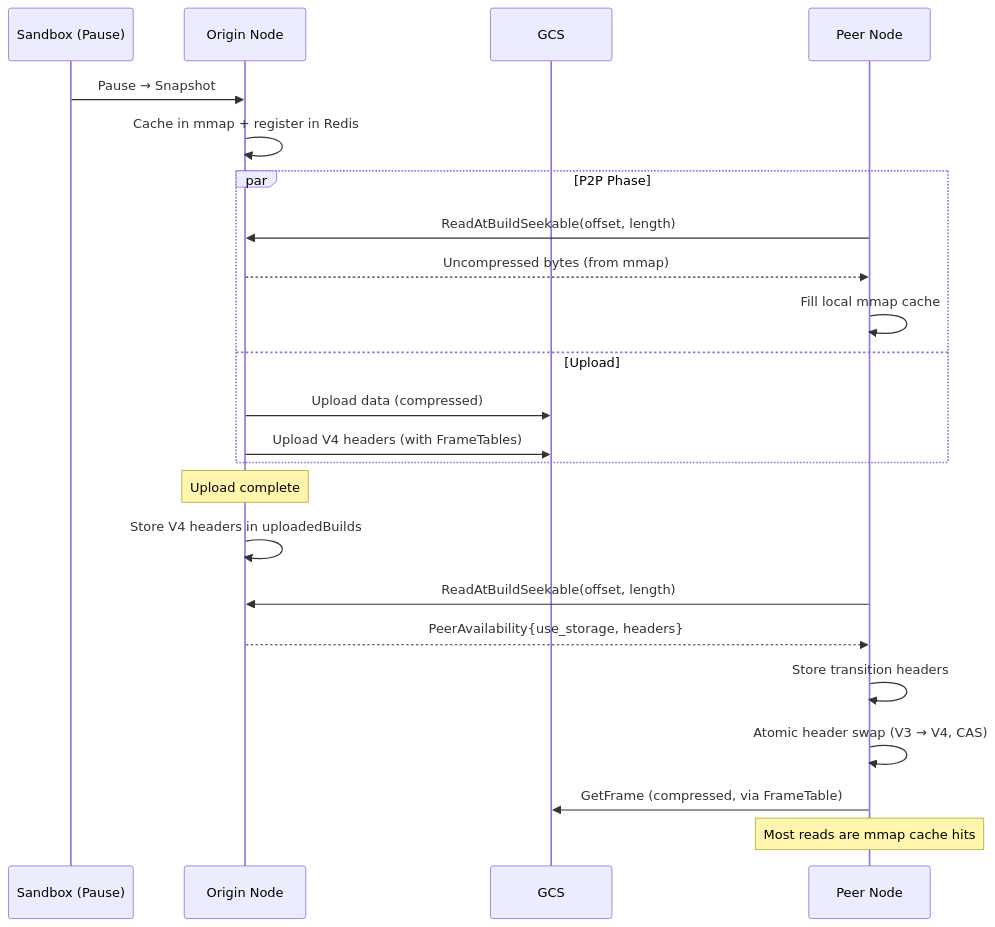
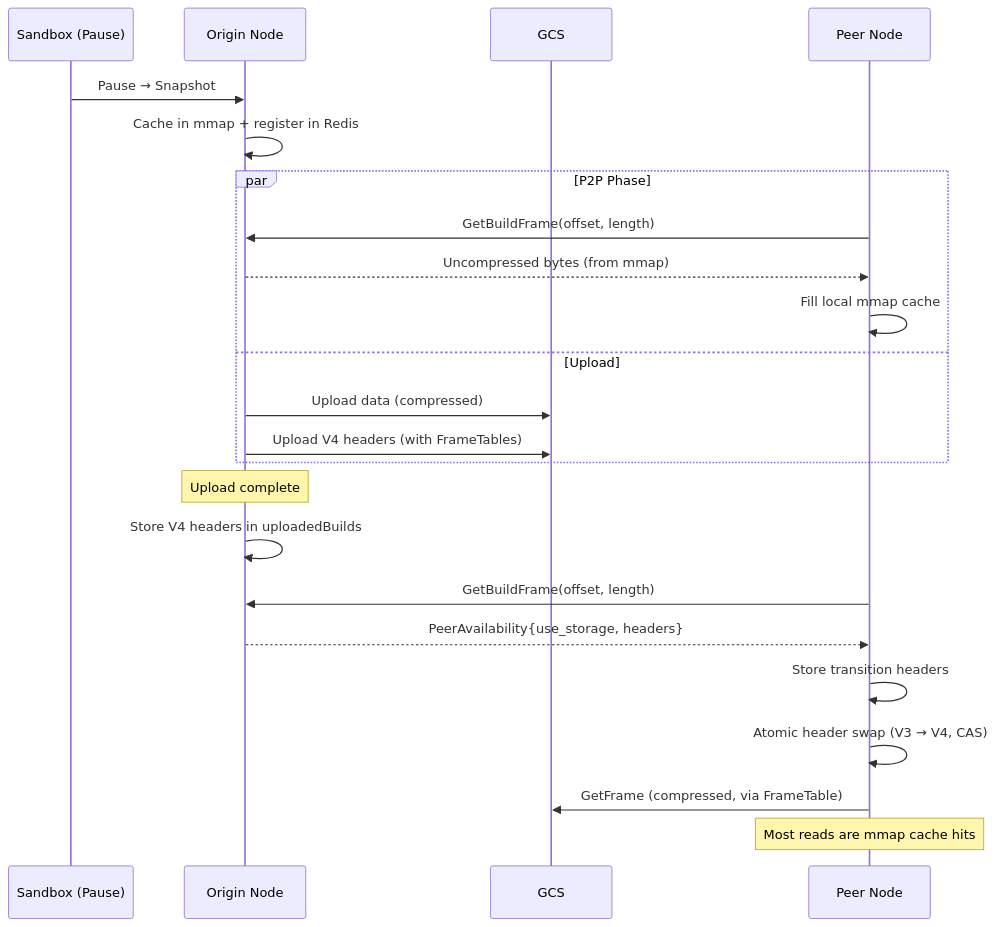
The second of 2 diagrams in docs/compression-architecture.md (e2b-dev/infra), drawn with Mermaid before and after one commit. The commit also changed other lines of this file and 15 other files, not shown here.

First line of the commit message:
Rename ReadAtBuildSeekable → GetBuildFrame, reduce diff vs main

````diff
--- a/docs/compression-architecture.md
+++ b/docs/compression-architecture.md
@@ -193,30 +193,30 @@
 ```mermaid
 sequenceDiagram
     participant SBX as Sandbox (Pause)
     participant Origin as Origin Node
     participant GCS as GCS
     participant Peer as Peer Node
 
     SBX->>Origin: Pause → Snapshot
     Origin->>Origin: Cache in mmap + register in Redis
 
     par P2P Phase
-        Peer->>Origin: ReadAtBuildSeekable(offset, length)
+        Peer->>Origin: GetBuildFrame(offset, length)
         Origin-->>Peer: Uncompressed bytes (from mmap)
         Peer->>Peer: Fill local mmap cache
     and Upload
         Origin->>GCS: Upload data (compressed)
         Origin->>GCS: Upload V4 headers (with FrameTables)
     end
 
     Note over Origin: Upload complete
     Origin->>Origin: Store V4 headers in uploadedBuilds
 
-    Peer->>Origin: ReadAtBuildSeekable(offset, length)
+    Peer->>Origin: GetBuildFrame(offset, length)
     Origin-->>Peer: PeerAvailability{use_storage, headers}
 
     Peer->>Peer: Store transition headers
     Peer->>Peer: Atomic header swap (V3 → V4, CAS)
     Peer->>GCS: GetFrame (compressed, via FrameTable)
     Note over Peer: Most reads are mmap cache hits
 ```
````
